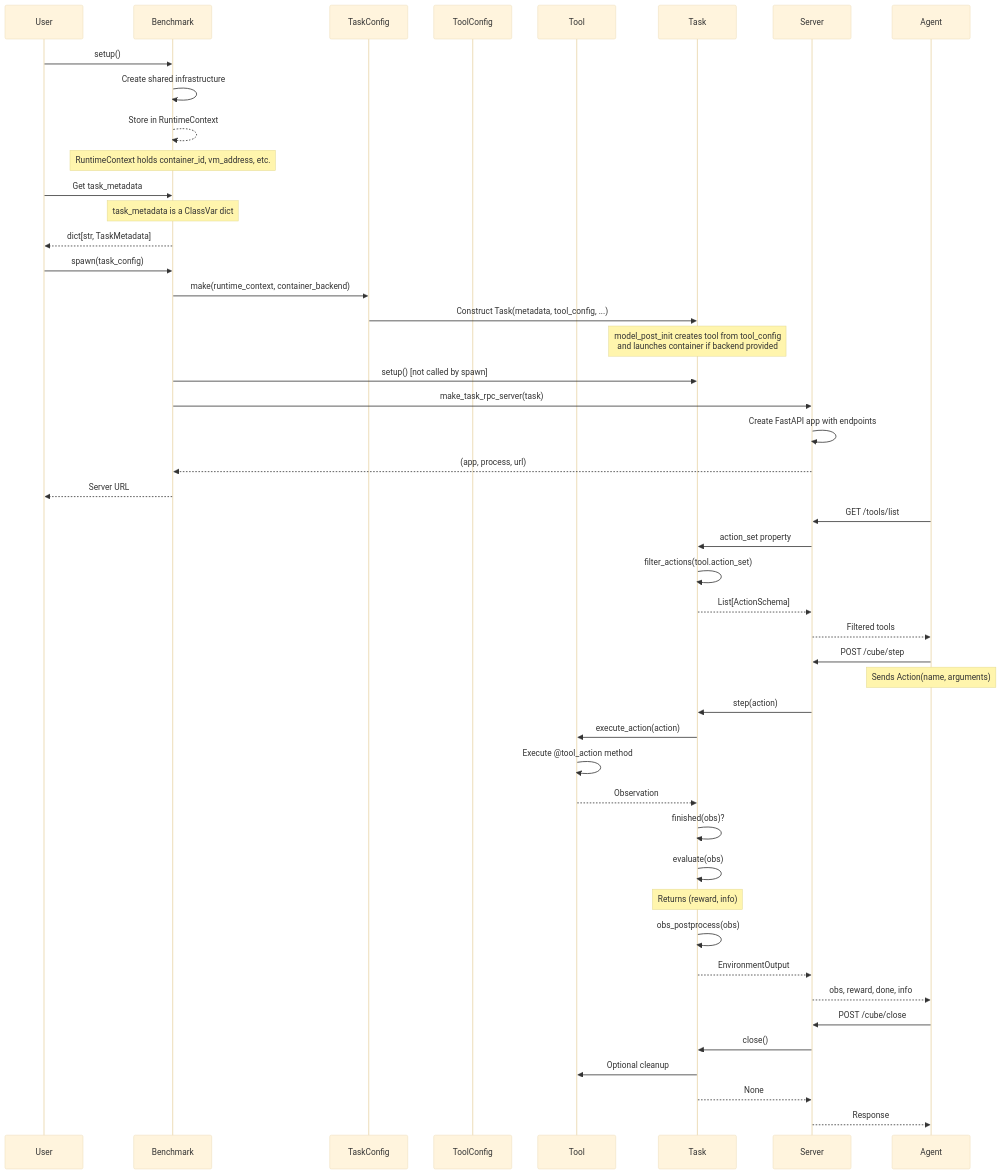
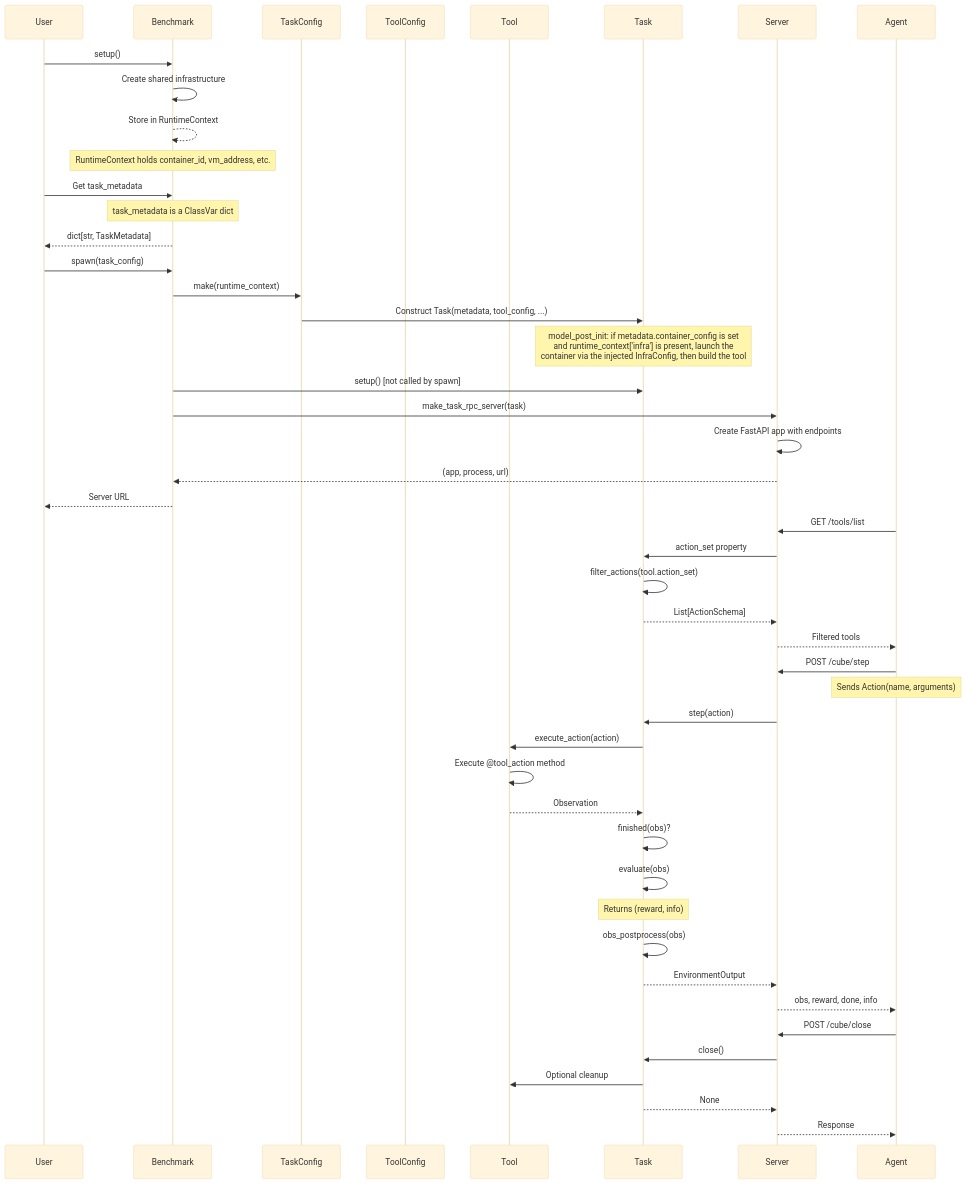
One commit to The-AI-Alliance/cube-standard changed the second of 4 diagrams in architecture-diagram.md. Above: the diagram before and after it, drawn with Mermaid (base theme). The commit also changed other lines of this file and 47 other files, not shown here.

First line of the commit message:
refactor(container)!: remove legacy ContainerBackend provisioning path

````diff
--- a/architecture-diagram.md
+++ b/architecture-diagram.md
@@ -67,66 +72,66 @@
 ```mermaid
 sequenceDiagram
     participant User
     participant Benchmark
     participant TaskConfig
     participant ToolConfig
     participant Tool
     participant Task
     participant Server
     participant Agent
 
     %% Setup Phase
     User->>Benchmark: setup()
     Benchmark->>Benchmark: Create shared infrastructure
     Benchmark-->>Benchmark: Store in RuntimeContext
     Note over Benchmark: RuntimeContext holds container_id, vm_address, etc.
 
     %% Get Task Metadata
     User->>Benchmark: Get task_metadata
     Note over Benchmark: task_metadata is a ClassVar dict
     Benchmark-->>User: dict[str, TaskMetadata]
 
     %% Spawning a Task Server
     User->>Benchmark: spawn(task_config)
-    Benchmark->>TaskConfig: make(runtime_context, container_backend)
+    Benchmark->>TaskConfig: make(runtime_context)
 
     %% Create Tool & Container
     TaskConfig->>Task: Construct Task(metadata, tool_config, ...)
-    Note over Task: model_post_init creates tool from tool_config<br/>and launches container if backend provided
+    Note over Task: model_post_init: if metadata.container_config is set<br/>and runtime_context['infra'] is present, launch the<br/>container via the injected InfraConfig, then build the tool
 
     %% Create Server
     Benchmark->>Task: setup() [not called by spawn]
 
     %% Create Server
     Benchmark->>Server: make_task_rpc_server(task)
     Server->>Server: Create FastAPI app with endpoints
     Server-->>Benchmark: (app, process, url)
     Benchmark-->>User: Server URL
 
     %% Task Execution Loop
     Agent->>Server: GET /tools/list
     Server->>Task: action_set property
     Task->>Task: filter_actions(tool.action_set)
     Task-->>Server: List[ActionSchema]
     Server-->>Agent: Filtered tools
 
     Agent->>Server: POST /cube/step
     Note over Agent: Sends Action(name, arguments)
     Server->>Task: step(action)
     Task->>Tool: execute_action(action)
     Tool->>Tool: Execute @tool_action method
     Tool-->>Task: Observation
     Task->>Task: finished(obs)?
     Task->>Task: evaluate(obs)
     Note over Task: Returns (reward, info)
     Task->>Task: obs_postprocess(obs)
     Task-->>Server: EnvironmentOutput
     Server-->>Agent: obs, reward, done, info
 
     %% Cleanup
     Agent->>Server: POST /cube/close
     Server->>Task: close()
     Task->>Tool: Optional cleanup
     Task-->>Server: None
     Server-->>Agent: Response
 ```
````
